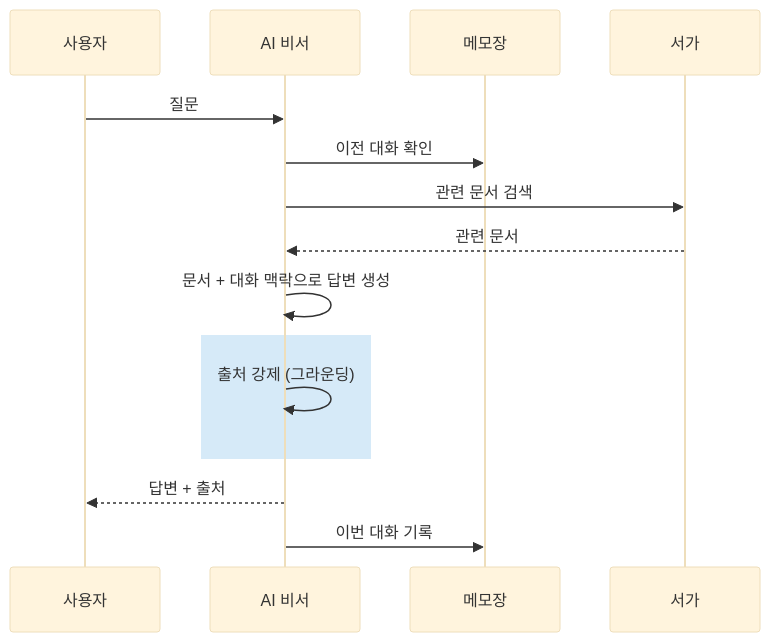
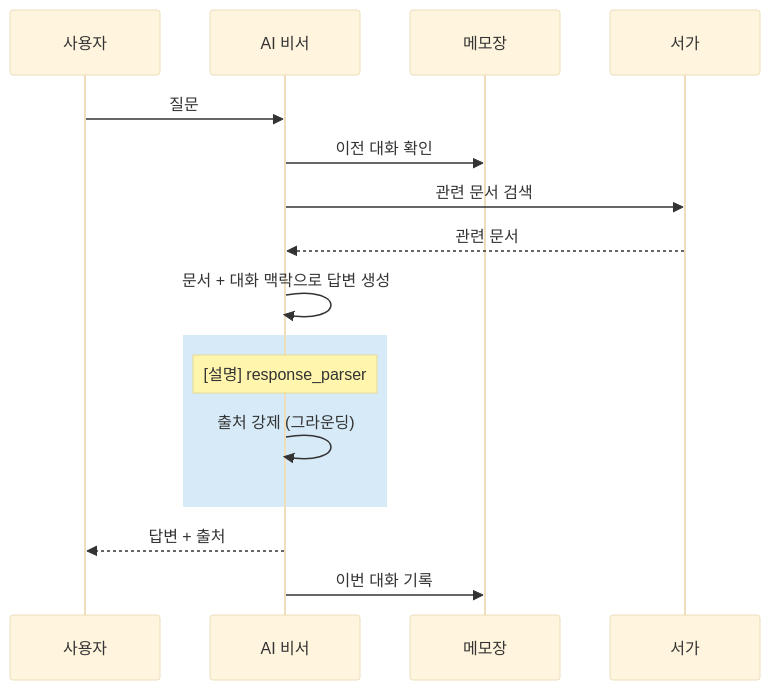
Before and after one commit to edu-openskill/lecture-book-workflow: the third of 4 diagrams in projects/사내AI비서_v2/chapters/05-드디어-답해준다.md, drawn with Mermaid (base theme). The commit also changed other lines of this file and 92 other files, not shown here.

````diff
--- a/projects/사내AI비서_v2/chapters/05-드디어-답해준다.md
+++ b/projects/사내AI비서_v2/chapters/05-드디어-답해준다.md
@@ -413,13 +422,14 @@
 ```mermaid
 sequenceDiagram
     사용자->>AI 비서: 질문
     AI 비서->>메모장: 이전 대화 확인
     AI 비서->>서가: 관련 문서 검색
     서가-->>AI 비서: 관련 문서
     AI 비서->>AI 비서: 문서 + 대화 맥락으로 답변 생성
     rect rgb(214, 234, 248)
+        Note over AI 비서: [설명] response_parser
         AI 비서->>AI 비서: 출처 강제 (그라운딩)
     end
     AI 비서-->>사용자: 답변 + 출처
     AI 비서->>메모장: 이번 대화 기록
 ```
````
